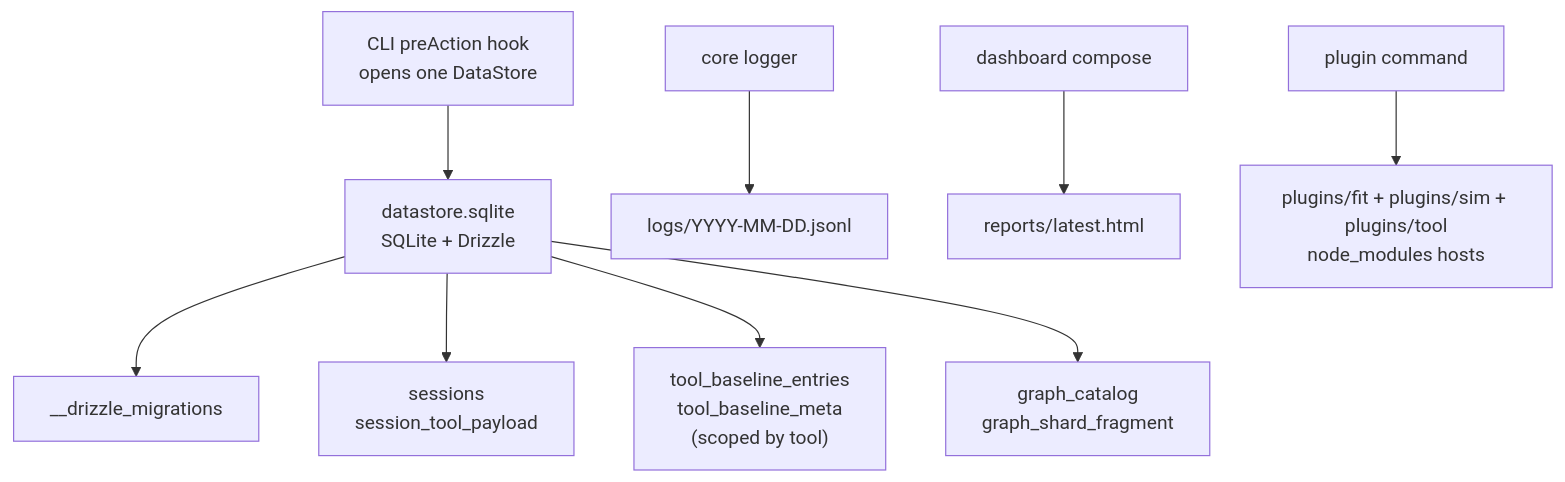
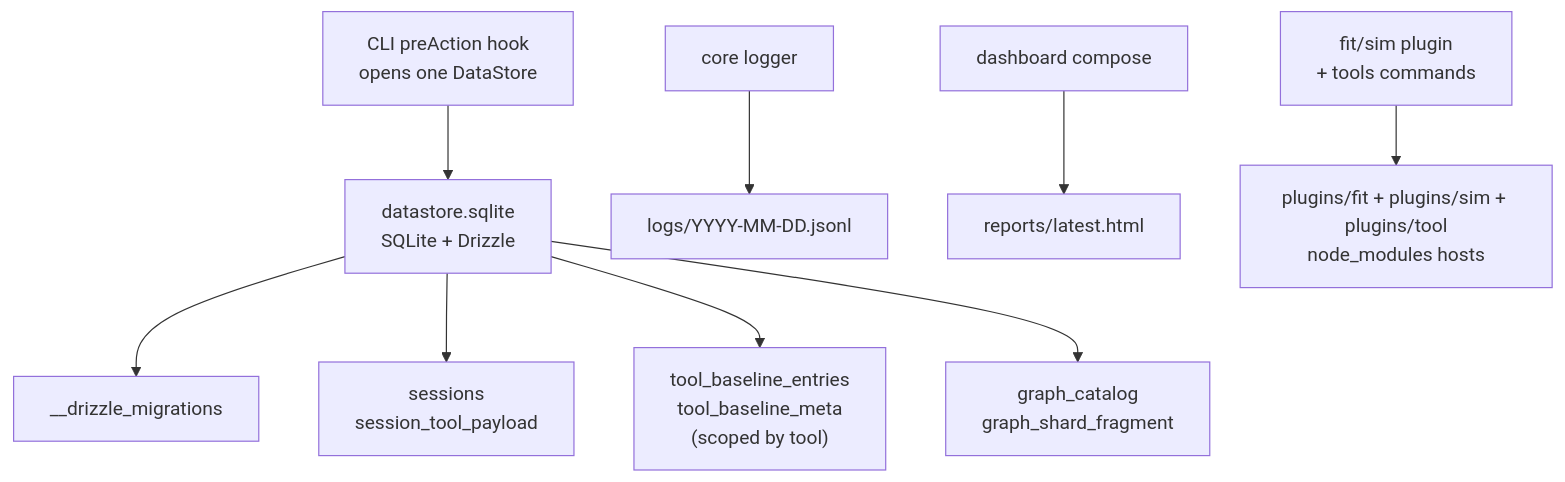
Before and after one commit to opensip-ai/opensip-cli: the diagram in docs/public/80-implementation/03-session-and-persistence.md, drawn with Mermaid. The commit also changed 12 other files, not shown here.

First line of the commit message:
docs: reflect the per-tool `plugin` command surface

````diff
--- a/docs/public/80-implementation/03-session-and-persistence.md
+++ b/docs/public/80-implementation/03-session-and-persistence.md
@@ -77,26 +77,26 @@
 ```mermaid
 flowchart TB
   CLI["CLI preAction hook<br/>opens one DataStore"]
   Store["datastore.sqlite<br/>SQLite + Drizzle"]
   Migrations["__drizzle_migrations"]
   Sessions["sessions<br/>session_tool_payload"]
   Baselines["tool_baseline_entries<br/>tool_baseline_meta<br/>(scoped by tool)"]
   Graph["graph_catalog<br/>graph_shard_fragment"]
 
   Logger["core logger"]
   Logs["logs/YYYY-MM-DD.jsonl"]
   Dashboard["dashboard compose"]
   Report["reports/latest.html"]
-  Plugins["plugin command"]
+  Plugins["fit/sim plugin<br/>+ tools commands"]
   PluginDirs["plugins/fit + plugins/sim + plugins/tool<br/>node_modules hosts"]
 
   CLI --> Store
   Store --> Migrations
   Store --> Sessions
   Store --> Baselines
   Store --> Graph
 
   Logger --> Logs
   Dashboard --> Report
   Plugins --> PluginDirs
 ```
````
